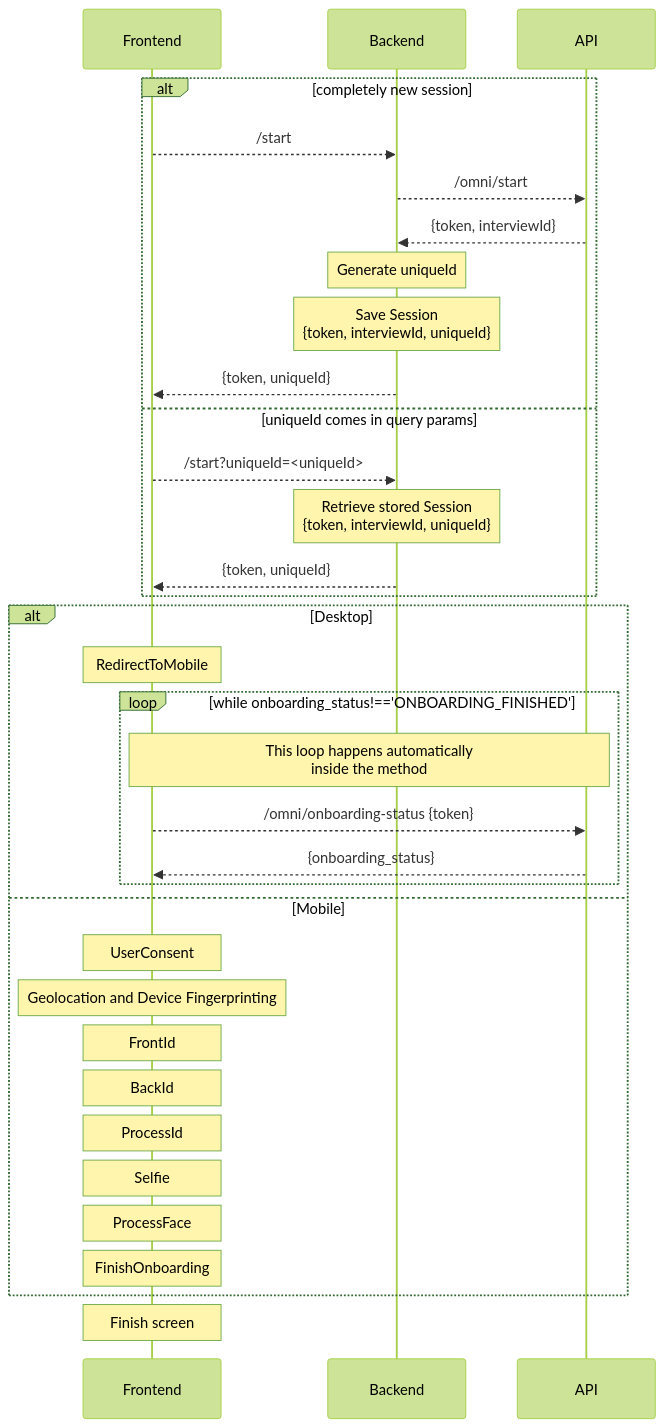
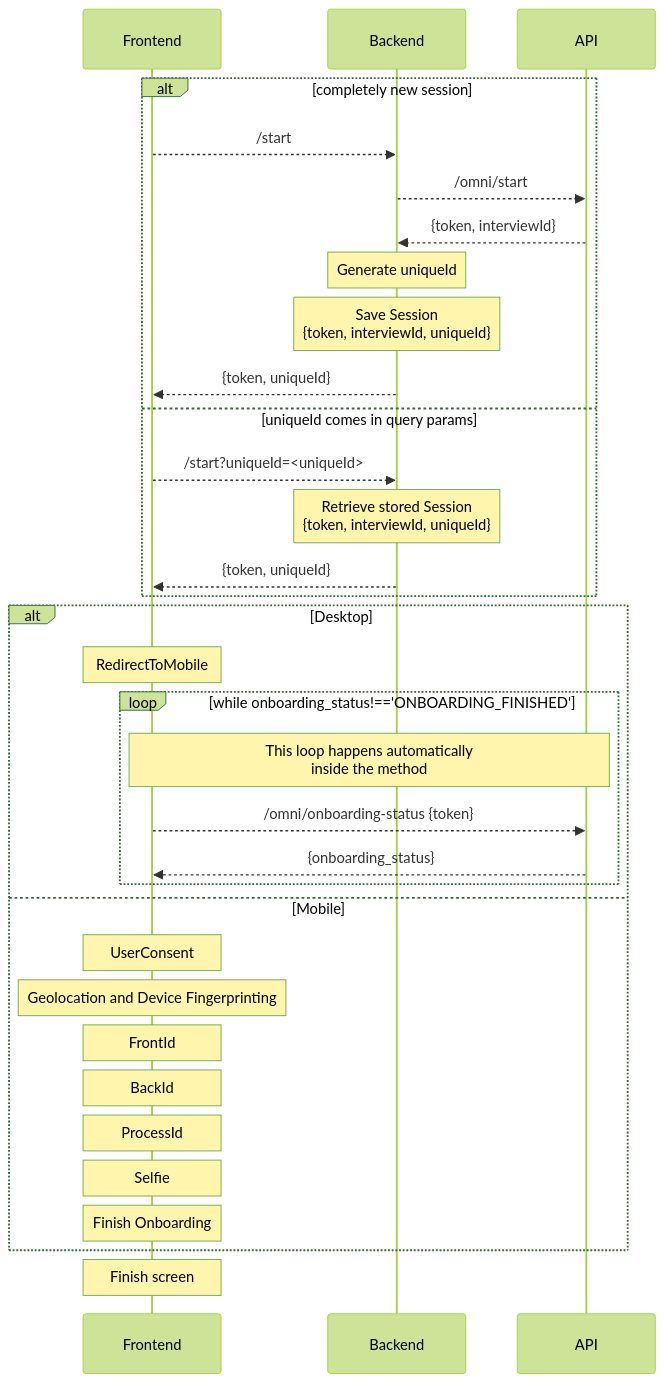
The diagram in README.md (ljmeza-bancoppel/incode-onboarding-latest), drawn with Mermaid (forest theme) before and after one commit.

Commit message:
updated diagram (#7)

````diff
--- a/README.md
+++ b/README.md
@@ -74,39 +74,38 @@
 ```mermaid
 sequenceDiagram
     participant f as Frontend
     participant b as Backend
     participant a as API
     
     alt completely new session
         f -->> b: /start
         b -->> a: /omni/start
         a -->> b: {token, interviewId}
         note over b: Generate uniqueId
         note over b: Save Session<br>{token, interviewId, uniqueId}
         b-->> f: {token, uniqueId}
     else uniqueId comes in query params
         f -->> b: /start?uniqueId=<uniqueId>
         note over b: Retrieve stored Session<br>{token, interviewId, uniqueId}
         b-->> f: {token, uniqueId}
     end
 
     alt Desktop
         note over f: RedirectToMobile
         
         loop while onboarding_status!=='ONBOARDING_FINISHED'
         note over f, a: This loop happens automatically<br> inside the method
             f -->> a: /omni/onboarding-status {token}
             a-->> f: {onboarding_status}
         end
     else Mobile
         note over f: UserConsent
         note over f: Geolocation and Device Fingerprinting
         note over f: FrontId
         note over f: BackId
         note over f: ProcessId
         note over f: Selfie
-        note over f: ProcessFace
-        note over f: FinishOnboarding
+        note over f: Finish Onboarding
     end
     note over f: Finish screen
 ```
````
